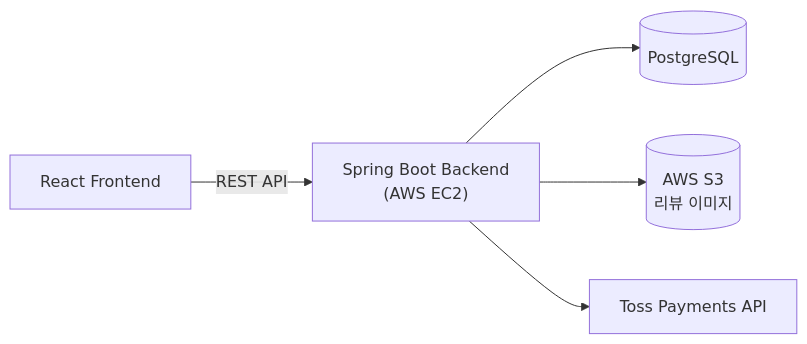
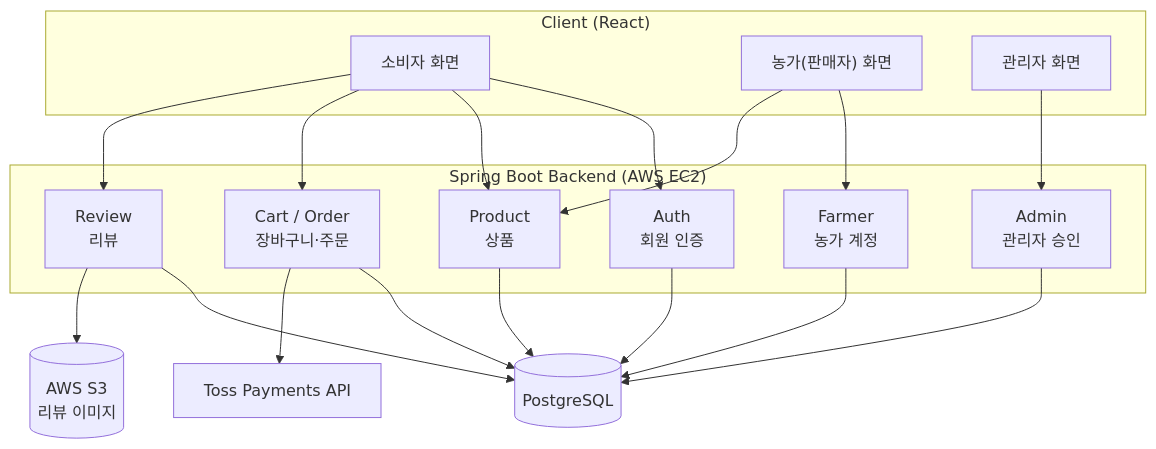
Before and after one commit to JOOON9286/barofarm-backend: the first of 2 diagrams in README.md, drawn with Mermaid. The commit also changed other lines of this file, not shown here.

Commit message:
Add detailed architecture diagram and end-to-end sequence flow to README

````diff
--- a/README.md
+++ b/README.md
@@ -15,7 +15,38 @@
 ```mermaid
-flowchart LR
-    FE["React Frontend"] -- REST API --> BE["Spring Boot Backend<br/>(AWS EC2)"]
-    BE --> DB[("PostgreSQL")]
-    BE --> S3[("AWS S3<br/>리뷰 이미지")]
-    BE --> Toss["Toss Payments API"]
+flowchart TB
+    subgraph Client["Client (React)"]
+        UserFE["소비자 화면"]
+        FarmerFE["농가(판매자) 화면"]
+        AdminFE["관리자 화면"]
+    end
+
+    subgraph Backend["Spring Boot Backend (AWS EC2)"]
+        Auth["Auth<br/>회원 인증"]
+        Product["Product<br/>상품"]
+        Cart["Cart / Order<br/>장바구니·주문"]
+        Review["Review<br/>리뷰"]
+        Farmer["Farmer<br/>농가 계정"]
+        Admin["Admin<br/>관리자 승인"]
+    end
+
+    DB[("PostgreSQL")]
+    S3[("AWS S3<br/>리뷰 이미지")]
+    Toss["Toss Payments API"]
+
+    UserFE --> Auth
+    UserFE --> Product
+    UserFE --> Cart
+    UserFE --> Review
+    FarmerFE --> Farmer
+    FarmerFE --> Product
+    AdminFE --> Admin
+
+    Auth --> DB
+    Product --> DB
+    Cart --> DB
+    Cart --> Toss
+    Review --> DB
+    Review --> S3
+    Farmer --> DB
+    Admin --> DB
 ```
````
